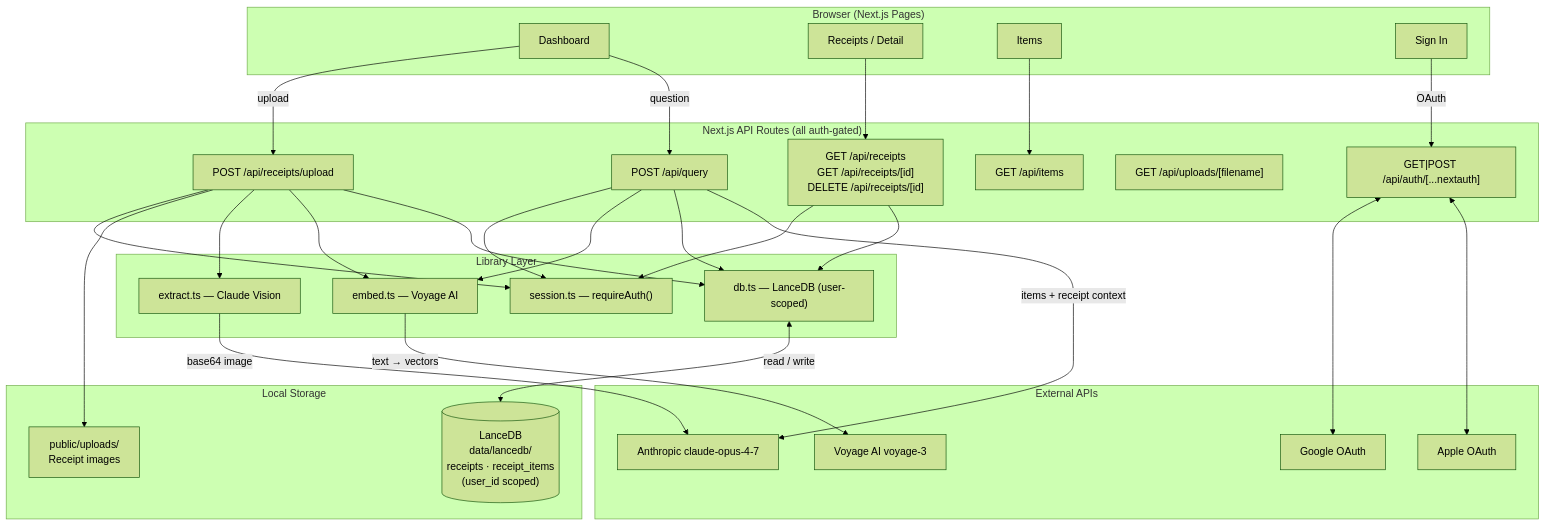
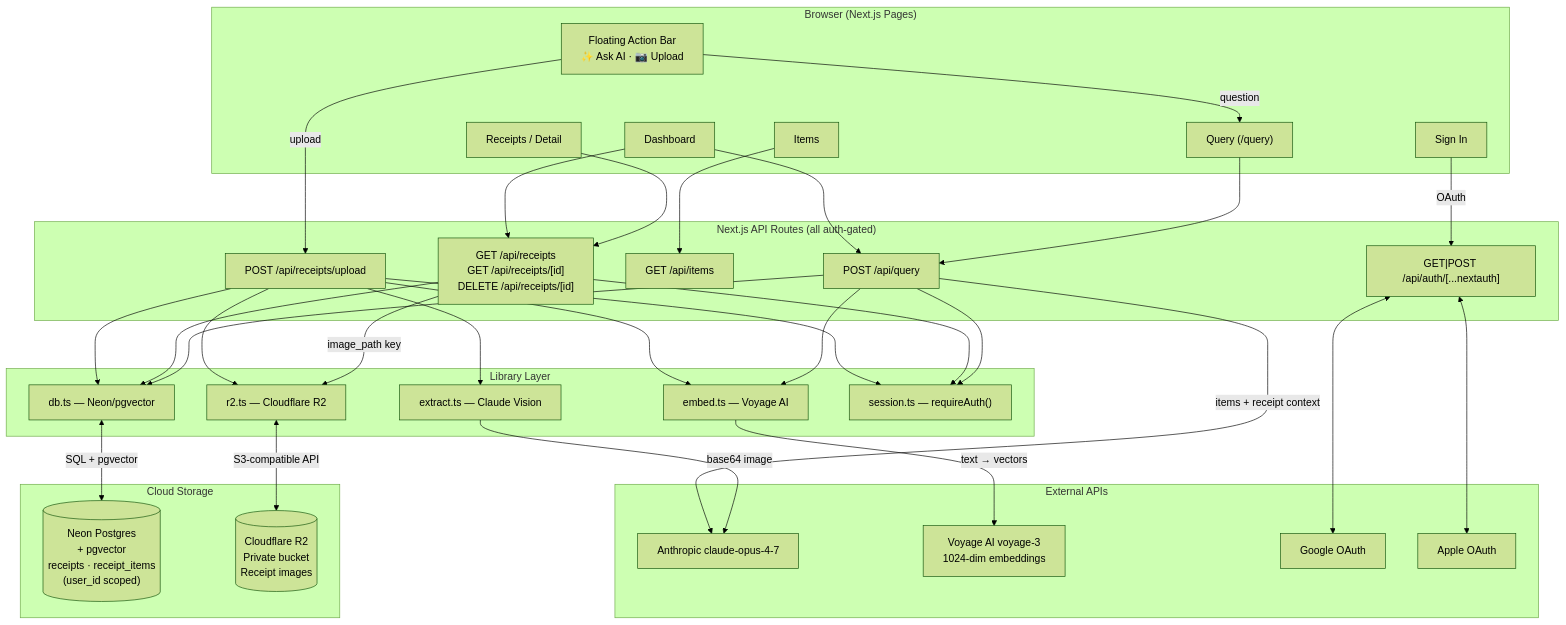
Before and after one commit to tapan-d/Receipt-AI: the diagram in README.md, drawn with Mermaid (forest theme). The commit also changed other lines of this file, not shown here.

First line of the commit message:
Update README for Neon + R2 architecture and floating action bar

````diff
--- a/README.md
+++ b/README.md
@@ -7,63 +7,71 @@
 ```mermaid
 flowchart TD
     subgraph Browser["Browser (Next.js Pages)"]
         UI_DASH["Dashboard"]
         UI_RX["Receipts / Detail"]
         UI_ITEMS["Items"]
+        UI_QUERY["Query (/query)"]
         UI_SIGNIN["Sign In"]
+        FAB["Floating Action Bar\n✨ Ask AI · 📷 Upload"]
     end
 
     subgraph API["Next.js API Routes (all auth-gated)"]
         RT_UP["POST /api/receipts/upload"]
         RT_RX["GET  /api/receipts\nGET  /api/receipts/[id]\nDELETE /api/receipts/[id]"]
         RT_ITEMS["GET /api/items"]
         RT_QR["POST /api/query"]
-        RT_IMG["GET /api/uploads/[filename]"]
         RT_AUTH["GET|POST /api/auth/[...nextauth]"]
     end
 
     subgraph Lib["Library Layer"]
         EXTRACT["extract.ts — Claude Vision"]
         EMBED["embed.ts — Voyage AI"]
-        DB["db.ts — LanceDB (user-scoped)"]
+        DB["db.ts — Neon/pgvector"]
+        R2_LIB["r2.ts — Cloudflare R2"]
         SESSION["session.ts — requireAuth()"]
     end
 
     subgraph External["External APIs"]
         CLAUDE["Anthropic claude-opus-4-7"]
-        VOYAGE["Voyage AI voyage-3"]
+        VOYAGE["Voyage AI voyage-3\n1024-dim embeddings"]
         GOOGLE["Google OAuth"]
         APPLE["Apple OAuth"]
     end
 
-    subgraph Storage["Local Storage"]
-        LANCEDB[("LanceDB\ndata/lancedb/\nreceipts · receipt_items\n(user_id scoped)")]
-        IMGS["public/uploads/\nReceipt images"]
+    subgraph CloudStorage["Cloud Storage"]
+        NEON[("Neon Postgres\n+ pgvector\nreceipts · receipt_items\n(user_id scoped)")]
+        R2[("Cloudflare R2\nPrivate bucket\nReceipt images")]
     end
 
     UI_SIGNIN -->|OAuth| RT_AUTH
     RT_AUTH <--> GOOGLE
     RT_AUTH <--> APPLE
 
-    UI_DASH -->|upload| RT_UP
-    UI_DASH -->|question| RT_QR
+    FAB -->|upload| RT_UP
+    FAB -->|question| UI_QUERY
+    UI_DASH --> RT_RX
+    UI_DASH --> RT_QR
     UI_RX --> RT_RX
     UI_ITEMS --> RT_ITEMS
+    UI_QUERY --> RT_QR
 
     RT_UP --> SESSION
-    RT_UP --> IMGS
     RT_UP --> EXTRACT
     RT_UP --> EMBED
+    RT_UP --> R2_LIB
     RT_UP --> DB
 
     RT_RX --> SESSION
     RT_RX --> DB
+    RT_RX -->|image_path key| R2_LIB
+
     RT_QR --> SESSION
     RT_QR --> EMBED
     RT_QR --> DB
     RT_QR -->|items + receipt context| CLAUDE
 
     EXTRACT -->|base64 image| CLAUDE
     EMBED -->|text → vectors| VOYAGE
-    DB <-->|read / write| LANCEDB
+    DB <-->|SQL + pgvector| NEON
+    R2_LIB <-->|S3-compatible API| R2
 ```
````
